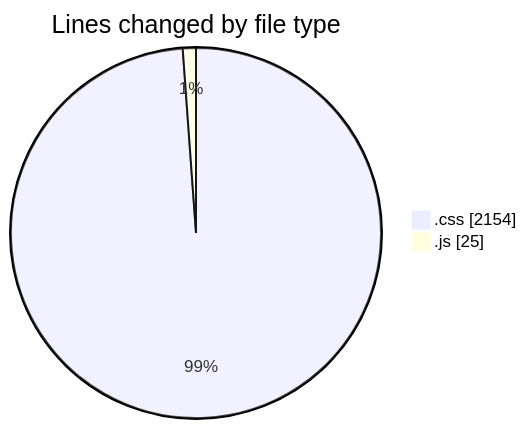
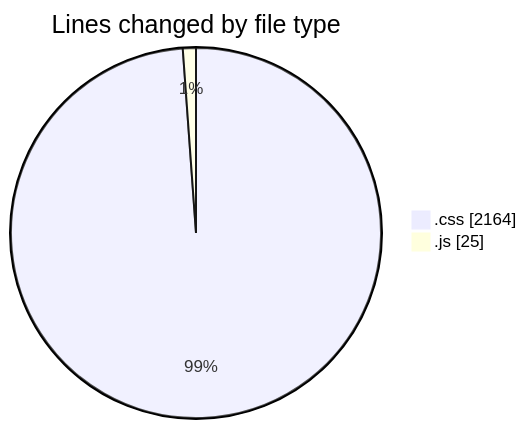
Before and after one commit to tmsrecording-cyber/code-tracking: the first of 2 diagrams in 2026-04-24/darkwire/README.md, drawn with Mermaid. The commit also changed other lines of this file and 1 other file, not shown here.

````diff
--- a/2026-04-24/darkwire/README.md
+++ b/2026-04-24/darkwire/README.md
@@ -22,6 +22,6 @@
 ```mermaid
 pie showData
 title Lines changed by file type
-".css" : 2154
+".css" : 2164
 ".js" : 25
 ```
````
